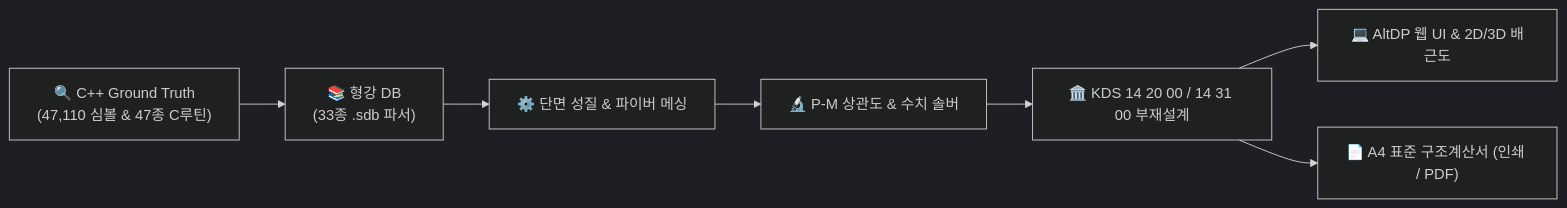
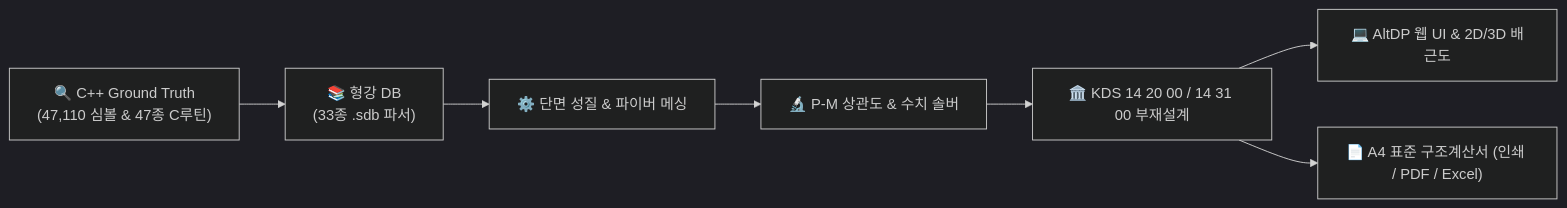
One commit to zlkiki/AltDP_3rd changed the first of 2 diagrams in README.md. Above: the diagram before and after it, drawn with Mermaid (dark theme). The commit also changed other lines of this file and 237 other files, not shown here.

````diff
--- a/README.md
+++ b/README.md
@@ -25,9 +25,9 @@
 ```mermaid
 flowchart LR
     GT["🔍 C++ Ground Truth<br>(47,110 심볼 & 47종 C루틴)"] --> DB["📚 형강 DB<br>(33종 .sdb 파서)"]
     DB --> Geom["⚙️ 단면 성질 & 파이버 메싱"]
     Geom --> Solver["🔬 P-M 상관도 & 수치 솔버"]
     Solver --> Design["🏛️ KDS 14 20 00 / 14 31 00 부재설계"]
     Design --> UI["💻 AltDP 웹 UI & 2D/3D 배근도"]
-    Design --> Report["📄 A4 표준 구조계산서 (인쇄 / PDF)"]
+    Design --> Report["📄 A4 표준 구조계산서 (인쇄 / PDF / Excel)"]
 ```
````
